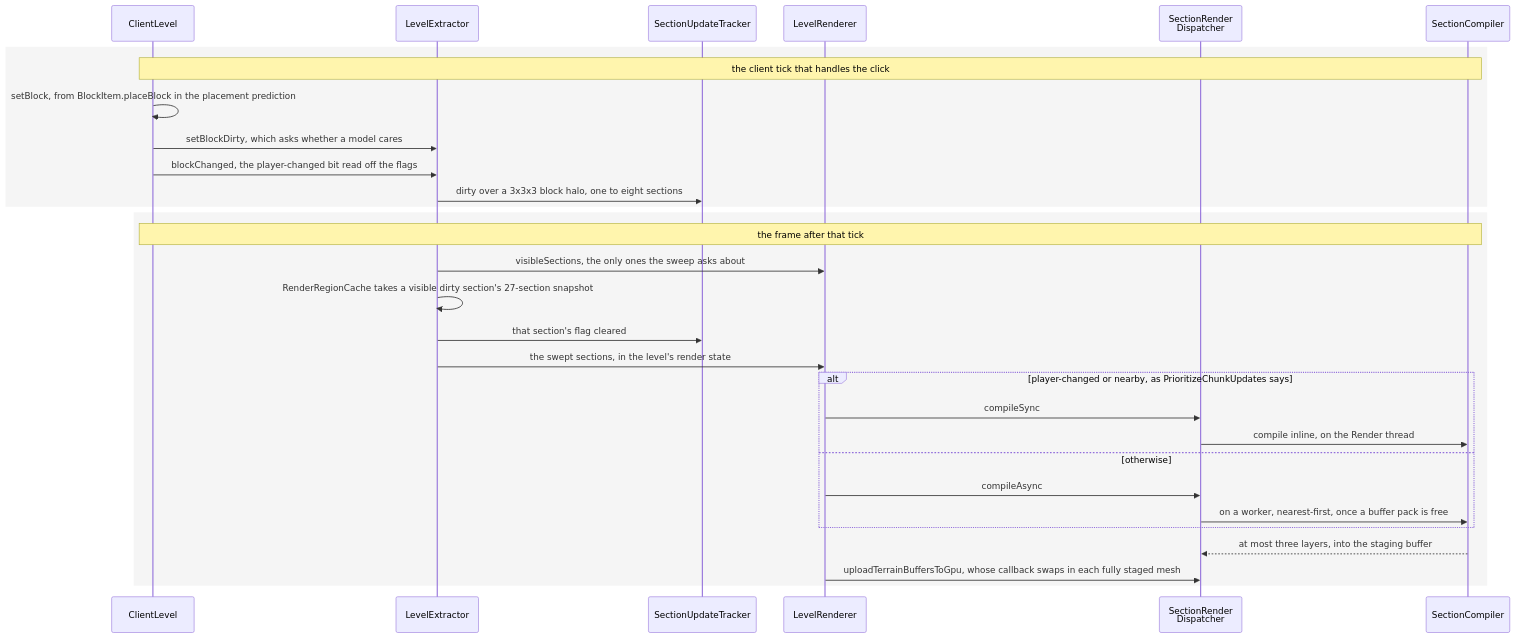
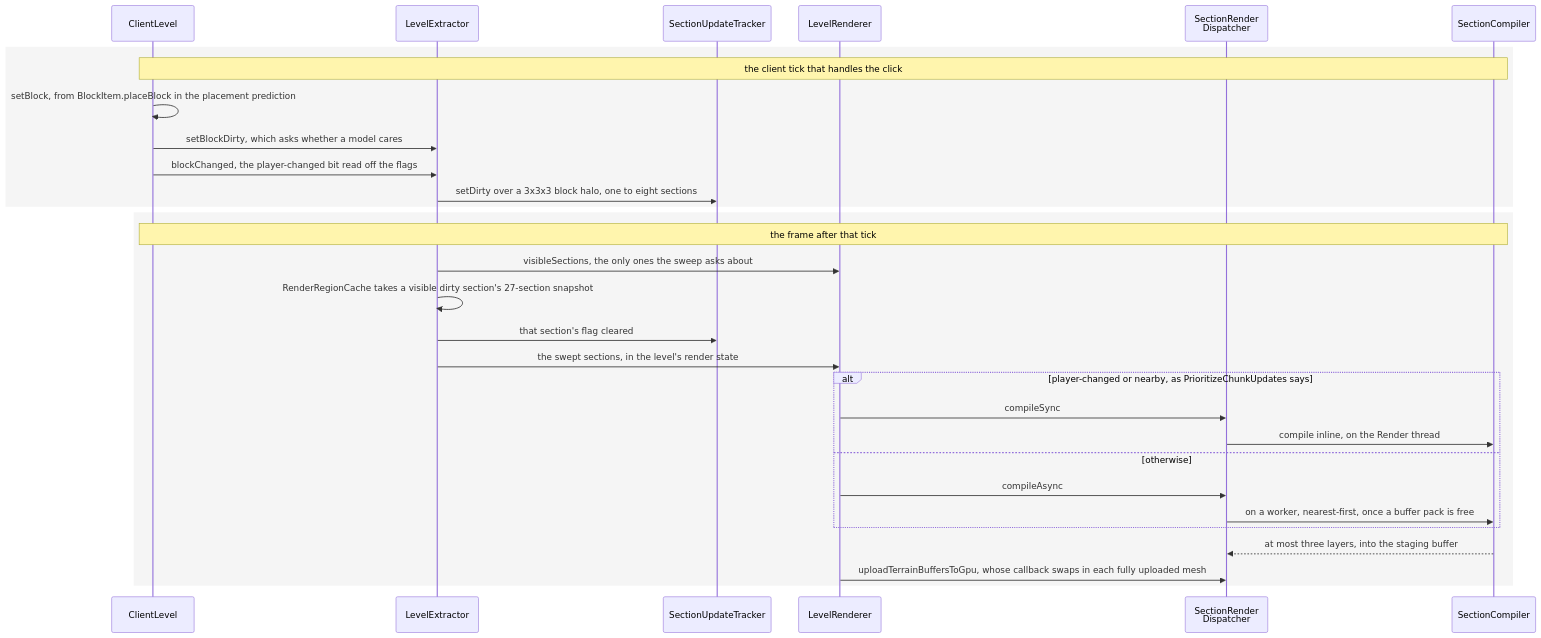
One commit to AlexanderjFraser/MinecraftDocs changed the diagram in src/systems/rendering/section-meshing.md. Above: the diagram before and after it, drawn with Mermaid. The commit also changed other lines of this file and 18 other files, not shown here.

````diff
--- a/src/systems/rendering/section-meshing.md
+++ b/src/systems/rendering/section-meshing.md
@@ -31,33 +33,33 @@
 ```mermaid
 sequenceDiagram
     participant CL as ClientLevel
     participant LX as LevelExtractor
     participant SUT as SectionUpdateTracker
     participant LR as LevelRenderer
     participant SRD as SectionRender<br/>Dispatcher
     participant SectC as SectionCompiler
 
     rect rgba(0, 0, 0, 0.04)
     Note over CL,SectC: the client tick that handles the click
     CL->>CL: setBlock, from BlockItem.placeBlock in the placement prediction
     CL->>LX: setBlockDirty, which asks whether a model cares
     CL->>LX: blockChanged, the player-changed bit read off the flags
-    LX->>SUT: dirty over a 3x3x3 block halo, one to eight sections
+    LX->>SUT: setDirty over a 3x3x3 block halo, one to eight sections
     end
     rect rgba(0, 0, 0, 0.04)
     Note over CL,SectC: the frame after that tick
     LX->>LR: visibleSections, the only ones the sweep asks about
     LX->>LX: RenderRegionCache takes a visible dirty section's 27-section snapshot
     LX->>SUT: that section's flag cleared
     LX->>LR: the swept sections, in the level's render state
     alt player-changed or nearby, as PrioritizeChunkUpdates says
         LR->>SRD: compileSync
         SRD->>SectC: compile inline, on the Render thread
     else otherwise
         LR->>SRD: compileAsync
         SRD->>SectC: on a worker, nearest-first, once a buffer pack is free
     end
     SectC-->>SRD: at most three layers, into the staging buffer
-    LR->>SRD: uploadTerrainBuffersToGpu, whose callback swaps in each fully staged mesh
+    LR->>SRD: uploadTerrainBuffersToGpu, whose callback swaps in each fully uploaded mesh
     end
 ```
````
